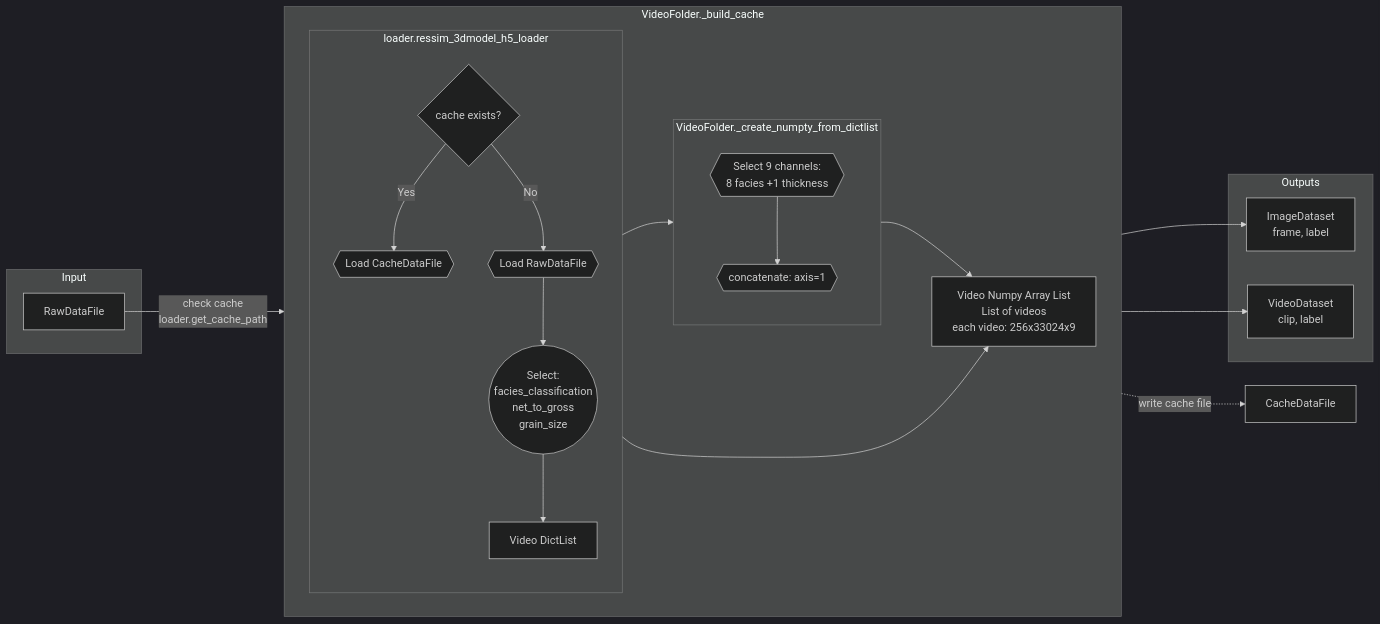
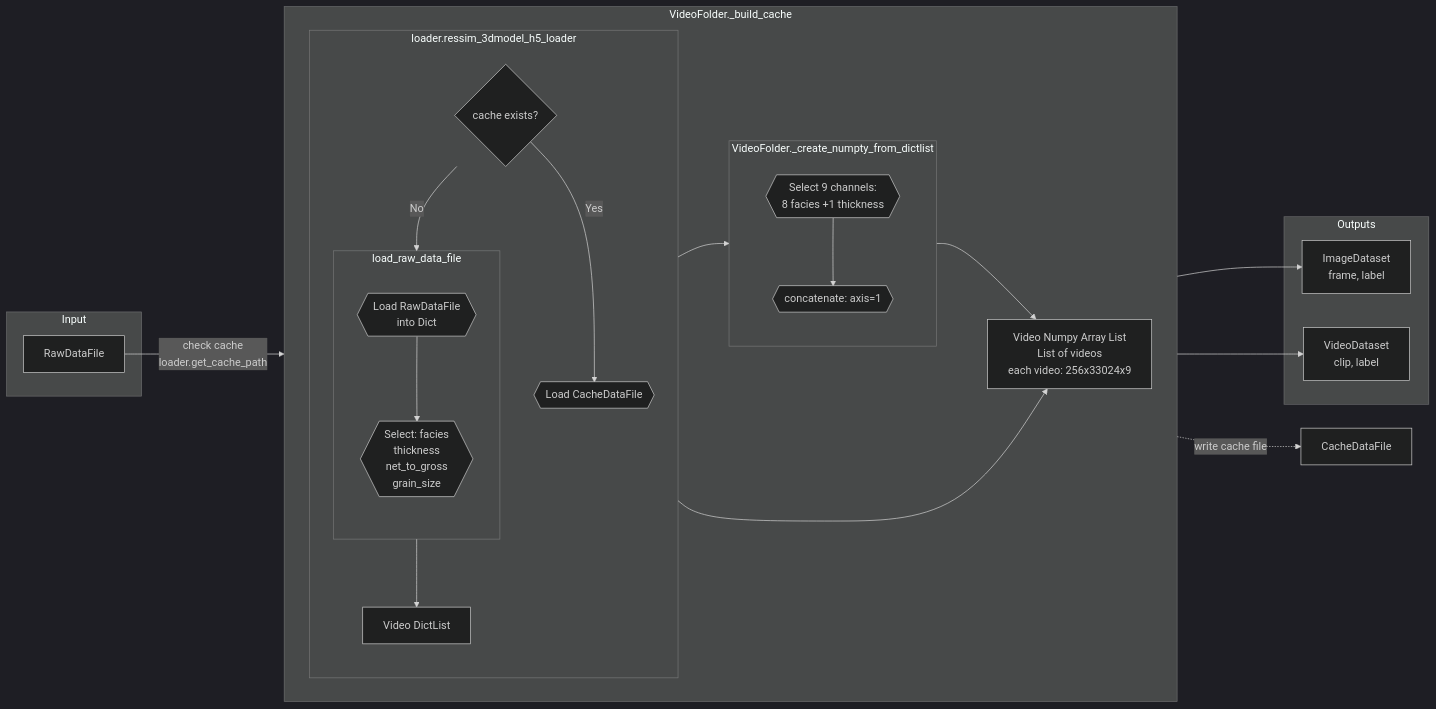
Before and after one commit to QuanSLB/Geo-MoCoGAN-review: the first of 2 diagrams in DataLoader.md, drawn with Mermaid (dark theme).

````diff
--- a/DataLoader.md
+++ b/DataLoader.md
@@ -61,39 +61,46 @@
 ```mermaid
 graph LR;
     subgraph Input
         A[RawDataFile] 
     end
     A-->|check cache<br>loader.get_cache_path|B
     subgraph VideoFolder._build_cache
         direction LR
         subgraph loader.ressim_3dmodel_h5_loader
             direction TB
             B{cache exists?}
             B -->|Yes| C{{Load CacheDataFile}}
-            B -->|No| AB{{Load RawDataFile}}
-            AB -->  ABC((Select: <br>facies_classification<br>net_to_gross<br>grain_size))
-            ABC-->H[Video DictList]
+            B -->|No| load_raw_data_file
+            subgraph load_raw_data_file
+                direction TB
+                AB{{Load RawDataFile <br> into Dict}}
+                AB -->  ABC{{Select: facies<br>thickness<br>net_to_gross<br>grain_size}}
+                
+            end
+            load_raw_data_file-->H[Video DictList]
         end
 
 
         C --> E[Video Numpy Array List<br> List of videos <br>each video: 256x33024x9]
         H --> VideoFolder._create_numpty_from_dictlist 
         %%HI((Select 9 channels:<br> 8 facies <br>+<br>1 thickness))
 
         subgraph VideoFolder._create_numpty_from_dictlist
             direction TB
             HI{{Select 9 channels:<br> 8 facies +1 thickness}}--> HC{{concatenate: axis=1}}
         end
         VideoFolder._create_numpty_from_dictlist-->E
         
     end
 
     E-.->|write cache file|G[CacheDataFile]
     E --> ID[ImageDataset<br>frame, label]
     E --> VD[VideoDataset<br>clip, label]
 
     subgraph Outputs
         ID
         VD
     end
+
+
 ```
````
